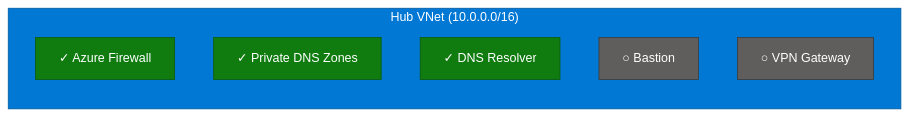
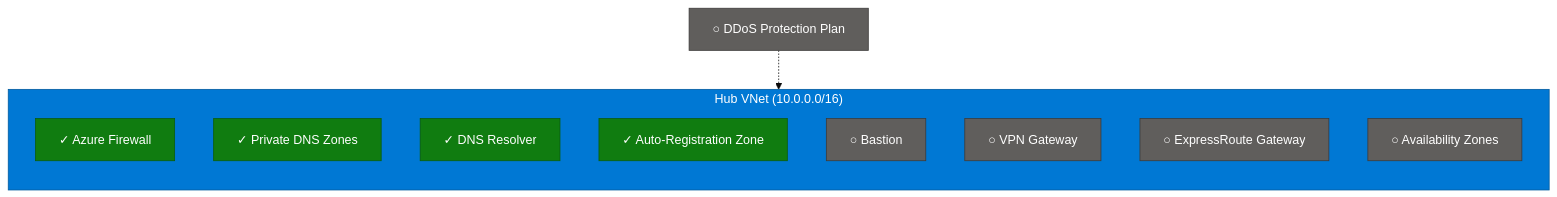
One commit to Ensono/stacks-azure-platform-landing-zone changed the diagram in templates/connectivity_landing_zone_hub_spoke/deploy/terraform/examples/single_region/README.md. Above: the diagram before and after it, drawn with Mermaid (base theme). The commit also changed 1 other file, not shown here.

Commit message:
feat: Enhance architecture diagrams in READMEs for multi-region and single-region examples

````diff
--- a/templates/connectivity_landing_zone_hub_spoke/deploy/terraform/examples/single_region/README.md
+++ b/templates/connectivity_landing_zone_hub_spoke/deploy/terraform/examples/single_region/README.md
@@ -10,18 +10,28 @@
 ```mermaid
 flowchart TB
     subgraph hub["Hub VNet (10.0.0.0/16)"]
         direction TB
         fw["✓ Azure Firewall"]
         dns["✓ Private DNS Zones"]
         resolver["✓ DNS Resolver"]
+        autoreg["✓ Auto-Registration Zone"]
         bastion["○ Bastion"]
         vpn["○ VPN Gateway"]
+        er["○ ExpressRoute Gateway"]
+        zones["○ Availability Zones"]
     end
+
+    ddos["○ DDoS Protection Plan"]
+    ddos -.-> hub
 
     style hub fill:#0078D4,stroke:#005A9E,color:#fff
     style fw fill:#107C10,stroke:#0B5C0B,color:#fff
     style dns fill:#107C10,stroke:#0B5C0B,color:#fff
     style resolver fill:#107C10,stroke:#0B5C0B,color:#fff
+    style autoreg fill:#107C10,stroke:#0B5C0B,color:#fff
     style bastion fill:#605E5C,stroke:#3B3A39,color:#fff
     style vpn fill:#605E5C,stroke:#3B3A39,color:#fff
+    style er fill:#605E5C,stroke:#3B3A39,color:#fff
+    style zones fill:#605E5C,stroke:#3B3A39,color:#fff
+    style ddos fill:#605E5C,stroke:#3B3A39,color:#fff
 ```
````
